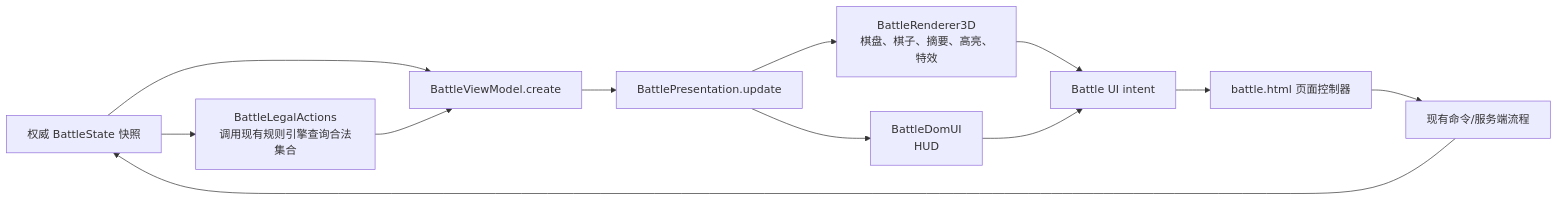
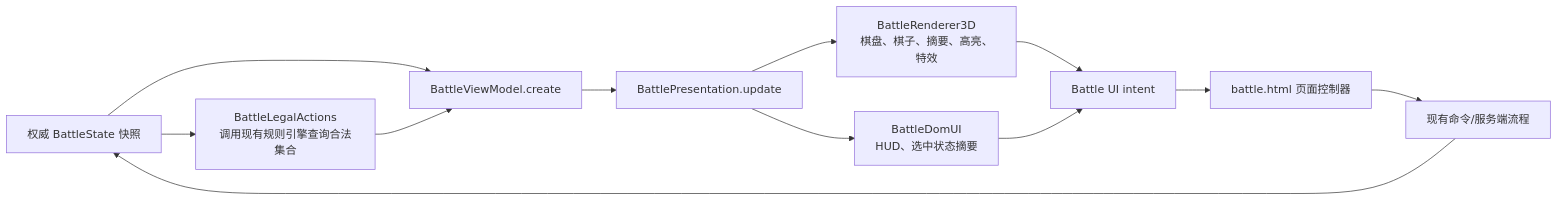
One commit to longaadream/Red_VS_Blue changed the diagram in docs/decisions/ADR-0004-battle-presentation-boundary.md. Above: the diagram before and after it, drawn with Mermaid. The commit also changed other lines of this file and 9 other files, not shown here.

````diff
--- a/docs/decisions/ADR-0004-battle-presentation-boundary.md
+++ b/docs/decisions/ADR-0004-battle-presentation-boundary.md
@@ -21,14 +21,14 @@
 ```mermaid
 flowchart LR
   S["权威 BattleState 快照"] --> L["BattleLegalActions<br/>调用现有规则引擎查询合法集合"]
   S --> V["BattleViewModel.create"]
   L --> V
   V --> P["BattlePresentation.update"]
   P --> R["BattleRenderer3D<br/>棋盘、棋子、摘要、高亮、特效"]
-  P --> D["BattleDomUI<br/>HUD"]
+  P --> D["BattleDomUI<br/>HUD、选中状态摘要"]
   R --> I["Battle UI intent"]
   D --> I
   I --> C["battle.html 页面控制器"]
   C --> A["现有命令/服务端流程"]
   A --> S
 ```
````
